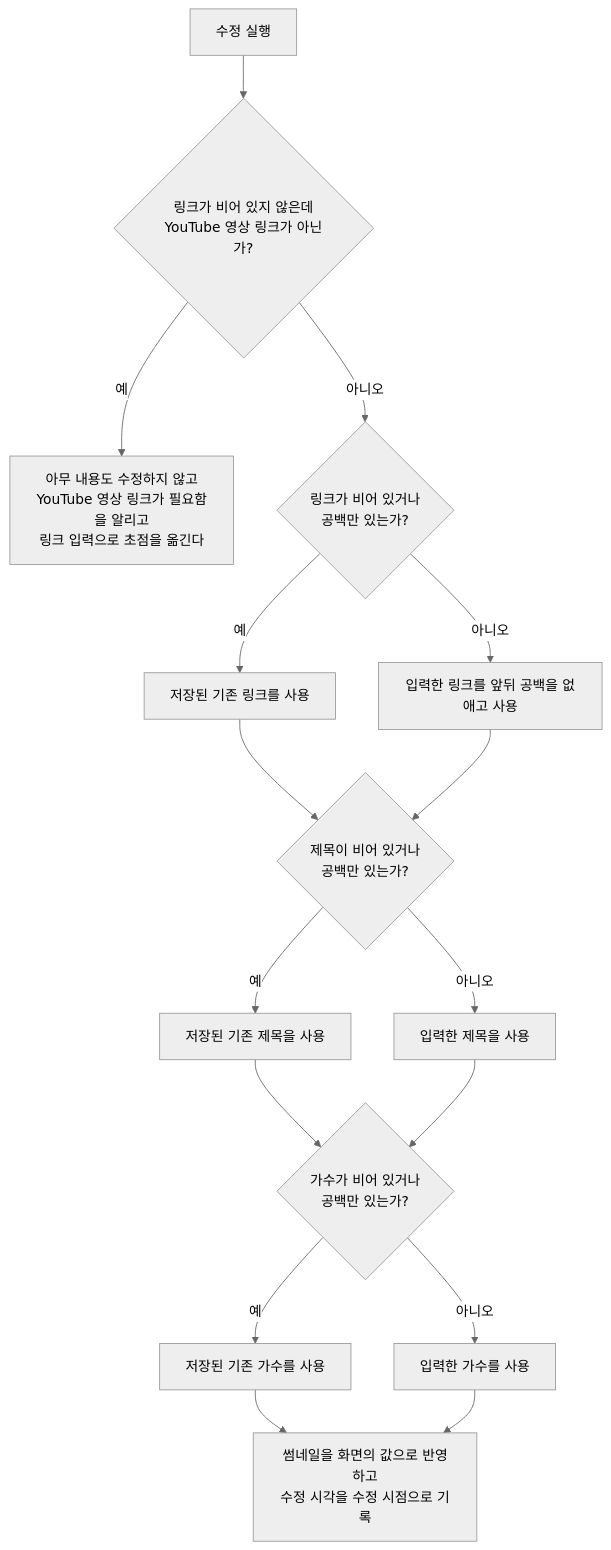
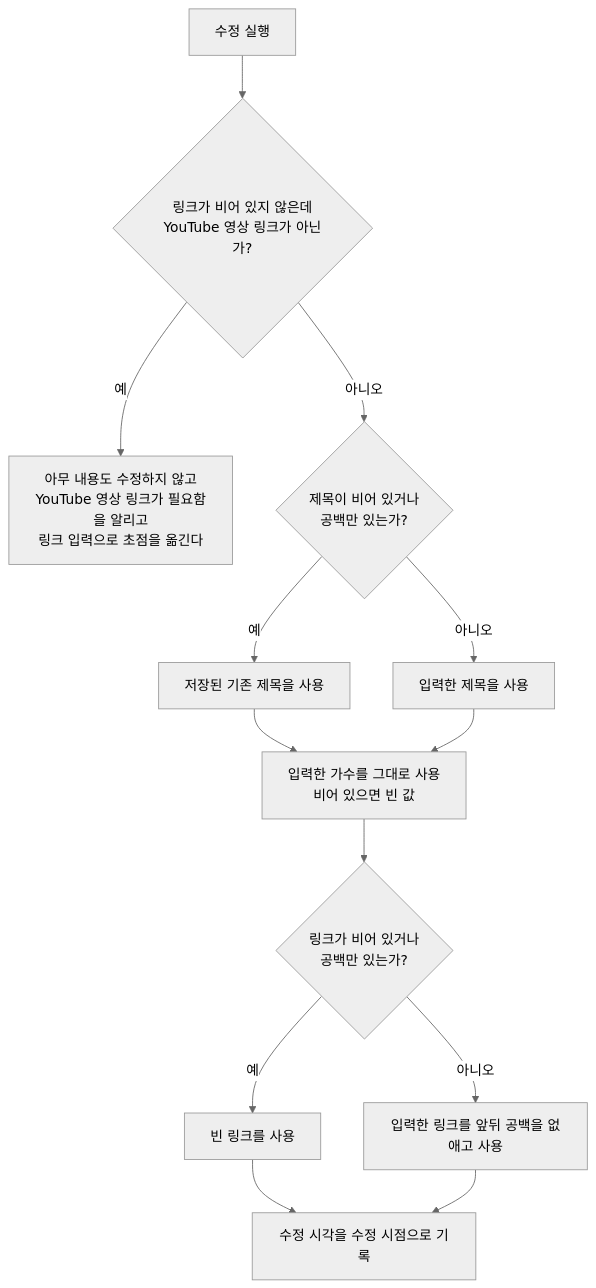
One commit to taetae98coding/DiaryKMP changed the diagram in docs/spec/music-detail.md. Above: the diagram before and after it, drawn with Mermaid (neutral theme). The commit also changed other lines of this file and 8 other files, not shown here.

````diff
--- a/docs/spec/music-detail.md
+++ b/docs/spec/music-detail.md
@@ -121,18 +119,15 @@
 ```mermaid
 flowchart TD
     start["수정 실행"] --> invalid{"링크가 비어 있지 않은데<br/>YouTube 영상 링크가 아닌가?"}
     invalid -- 예 --> reject["아무 내용도 수정하지 않고<br/>YouTube 영상 링크가 필요함을 알리고<br/>링크 입력으로 초점을 옮긴다"]
-    invalid -- 아니오 --> link{"링크가 비어 있거나<br/>공백만 있는가?"}
-    link -- 예 --> keepLink["저장된 기존 링크를 사용"]
-    link -- 아니오 --> useLink["입력한 링크를 앞뒤 공백을 없애고 사용"]
-    keepLink --> title{"제목이 비어 있거나<br/>공백만 있는가?"}
-    useLink --> title
+    invalid -- 아니오 --> title{"제목이 비어 있거나<br/>공백만 있는가?"}
     title -- 예 --> keepTitle["저장된 기존 제목을 사용"]
     title -- 아니오 --> useTitle["입력한 제목을 사용"]
-    keepTitle --> artist{"가수가 비어 있거나<br/>공백만 있는가?"}
+    keepTitle --> artist["입력한 가수를 그대로 사용<br/>비어 있으면 빈 값"]
     useTitle --> artist
-    artist -- 예 --> keepArtist["저장된 기존 가수를 사용"]
-    artist -- 아니오 --> useArtist["입력한 가수를 사용"]
-    keepArtist --> apply["썸네일을 화면의 값으로 반영하고<br/>수정 시각을 수정 시점으로 기록"]
-    useArtist --> apply
+    artist --> link{"링크가 비어 있거나<br/>공백만 있는가?"}
+    link -- 예 --> emptyLink["빈 링크를 사용"]
+    link -- 아니오 --> useLink["입력한 링크를 앞뒤 공백을 없애고 사용"]
+    emptyLink --> apply["수정 시각을 수정 시점으로 기록"]
+    useLink --> apply
 ```
````
